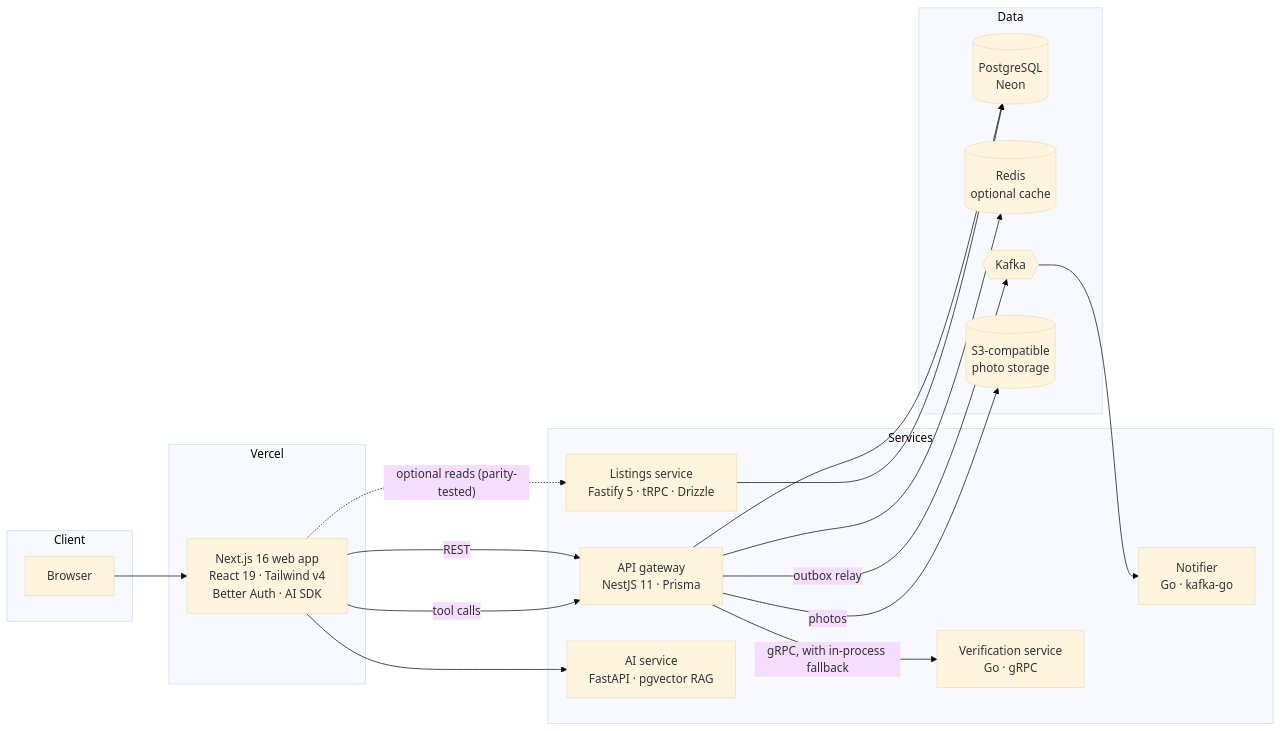
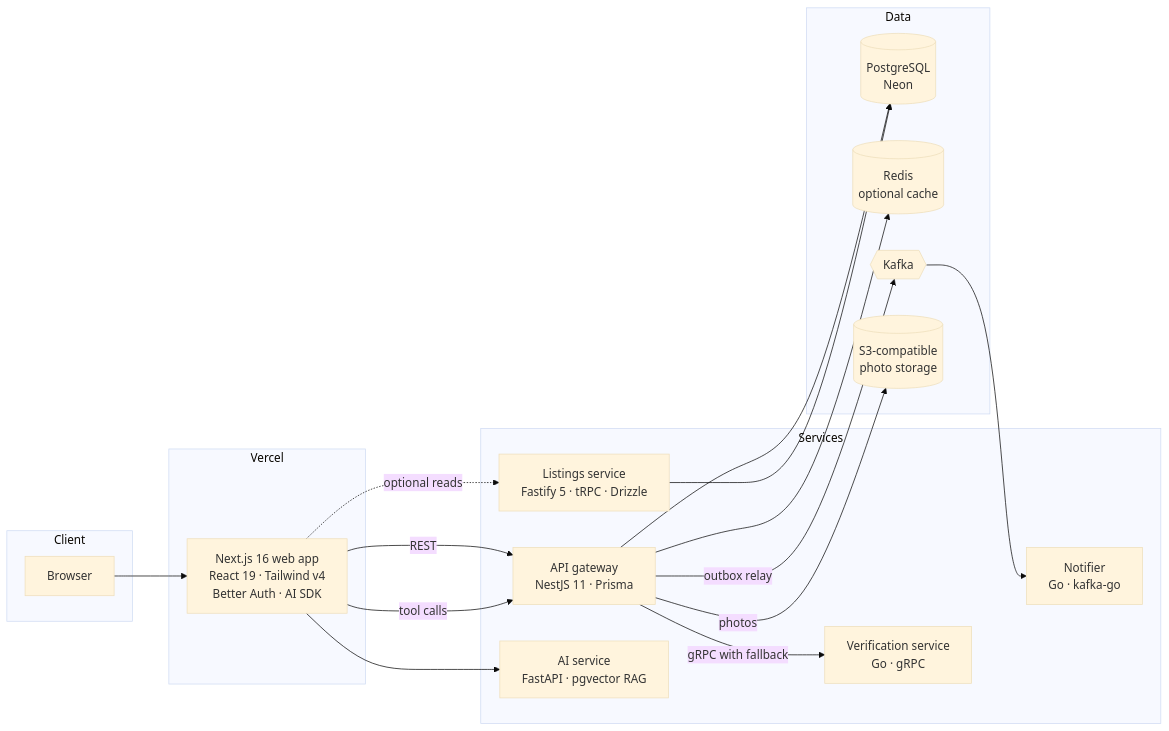
Before and after one commit to yashwanthvarma74-ai/deccan-estates: the diagram in README.md, drawn with Mermaid (base theme).

Commit message:
docs: quote Mermaid edge labels so GitHub renders the diagram

````diff
--- a/README.md
+++ b/README.md
@@ -53,34 +53,34 @@
 ```mermaid
 flowchart LR
   subgraph Client
     B[Browser]
   end
   subgraph Vercel
     W["Next.js 16 web app<br/>React 19 · Tailwind v4<br/>Better Auth · AI SDK"]
   end
   subgraph Services
     G["API gateway<br/>NestJS 11 · Prisma"]
     L["Listings service<br/>Fastify 5 · tRPC · Drizzle"]
     V["Verification service<br/>Go · gRPC"]
     N["Notifier<br/>Go · kafka-go"]
     A["AI service<br/>FastAPI · pgvector RAG"]
   end
   subgraph Data
     P[("PostgreSQL<br/>Neon")]
     R[("Redis<br/>optional cache")]
     K{{"Kafka"}}
     S[("S3-compatible<br/>photo storage")]
   end
   B --> W
-  W -->|REST| G
-  W -.->|"optional reads (parity-tested)"| L
-  W -->|tool calls| G
-  G -->|gRPC, with in-process fallback| V
+  W -->|"REST"| G
+  W -.->|"optional reads"| L
+  W -->|"tool calls"| G
+  G -->|"gRPC with fallback"| V
   G --> P
   L --> P
   G --> R
-  G -->|photos| S
-  G -->|outbox relay| K
+  G -->|"photos"| S
+  G -->|"outbox relay"| K
   K --> N
   W --> A
 ```
````
